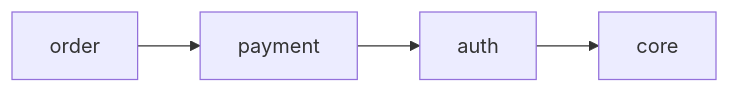
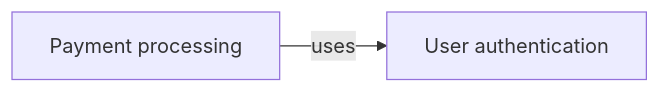
One commit to JakeB-5/sdd-tool changed the diagram in docs/commands/sdd-domain.md. Above: the diagram before and after it, drawn with Mermaid. The commit also changed other lines of this file and 13 other files, not shown here.

````diff
--- a/docs/commands/sdd-domain.md
+++ b/docs/commands/sdd-domain.md
@@ -79,6 +84,6 @@
 ```mermaid
 graph LR
-  auth --> core
-  payment --> auth
-  order --> payment
+  auth["User authentication"]
+  payment["Payment processing"]
+  payment -->|uses| auth
 ```
````
